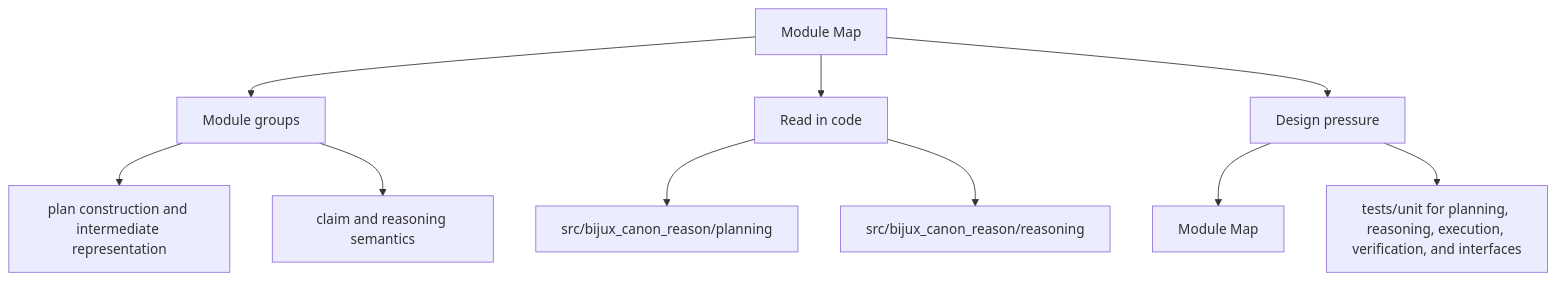
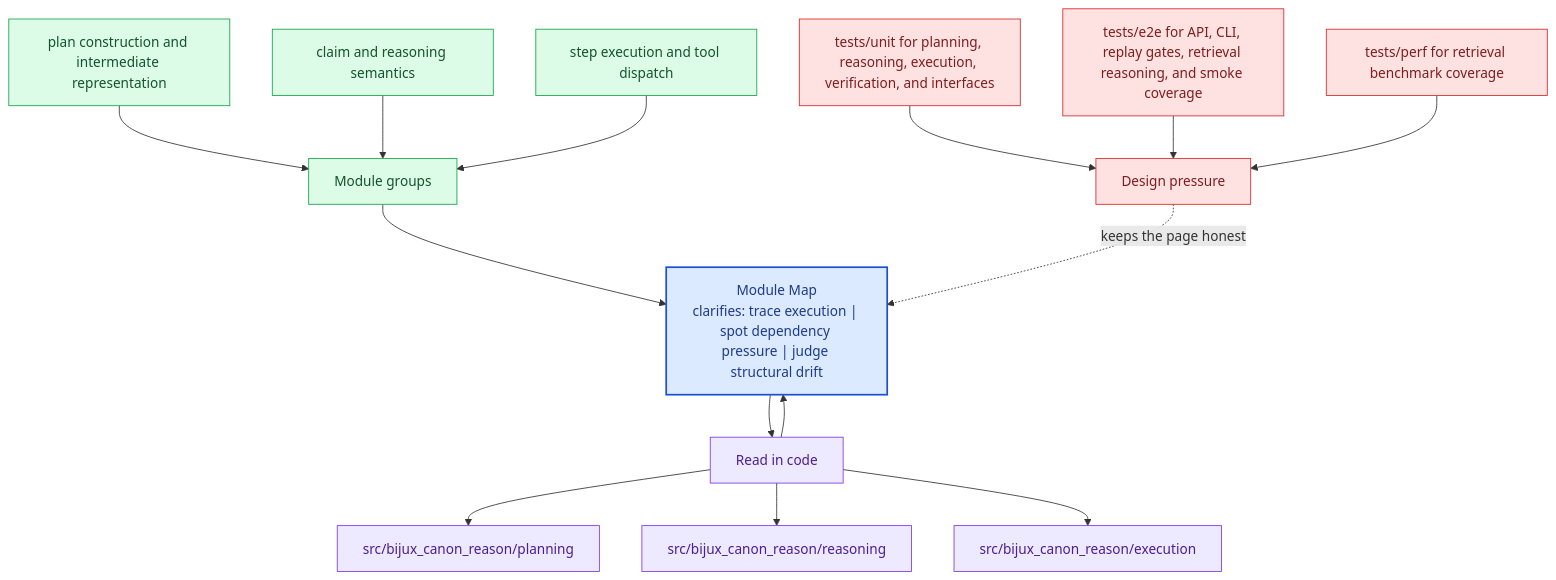
One commit to bijux/bijux-canon changed the second of 2 diagrams in docs/bijux-canon-reason/architecture/module-map.md. Above: the diagram before and after it, drawn with Mermaid. The commit also changed other lines of this file and 281 other files, not shown here.

Commit message:
docs(diagrams): deepen handbook mermaid maps across the catalog

````diff
--- a/docs/bijux-canon-reason/architecture/module-map.md
+++ b/docs/bijux-canon-reason/architecture/module-map.md
@@ -35,22 +68,40 @@
 ```mermaid
-flowchart TD
-    page["Module Map"]
+flowchart TB
+    promise["Module Map<br/>clarifies: trace execution | spot dependency pressure | judge structural drift"]
+    classDef promise fill:#dbeafe,stroke:#1d4ed8,color:#1e3a8a,stroke-width:2px;
+    classDef driver fill:#dcfce7,stroke:#16a34a,color:#14532d;
+    classDef constraint fill:#fee2e2,stroke:#dc2626,color:#7f1d1d;
+    classDef ground fill:#ede9fe,stroke:#7c3aed,color:#4c1d95;
     focus1["Module groups"]
-    page --> focus1
+    focus1 --> promise
     focus1_1["plan construction and intermediate representation"]
-    focus1 --> focus1_1
+    focus1_1 --> focus1
     focus1_2["claim and reasoning semantics"]
-    focus1 --> focus1_2
+    focus1_2 --> focus1
+    focus1_3["step execution and tool dispatch"]
+    focus1_3 --> focus1
+    class focus1 driver;
+    class focus1_1,focus1_2,focus1_3 driver;
     focus2["Read in code"]
-    page --> focus2
+    focus2 --> promise
+    promise --> focus2
     focus2_1["src/bijux_canon_reason/planning"]
     focus2 --> focus2_1
     focus2_2["src/bijux_canon_reason/reasoning"]
     focus2 --> focus2_2
+    focus2_3["src/bijux_canon_reason/execution"]
+    focus2 --> focus2_3
+    class focus2 ground;
+    class focus2_1,focus2_2,focus2_3 ground;
     focus3["Design pressure"]
-    page --> focus3
-    focus3_1["Module Map"]
-    focus3 --> focus3_1
-    focus3_2["tests/unit for planning, reasoning, execution, verification, and interfaces"]
-    focus3 --> focus3_2
+    focus3 -.keeps the page honest.-> promise
+    focus3_1["tests/unit for planning, reasoning, execution, verification, and interfaces"]
+    focus3_1 --> focus3
+    focus3_2["tests/e2e for API, CLI, replay gates, retrieval reasoning, and smoke coverage"]
+    focus3_2 --> focus3
+    focus3_3["tests/perf for retrieval benchmark coverage"]
+    focus3_3 --> focus3
+    class focus3 constraint;
+    class focus3_1,focus3_2,focus3_3 constraint;
+    class promise promise;
 ```
````
